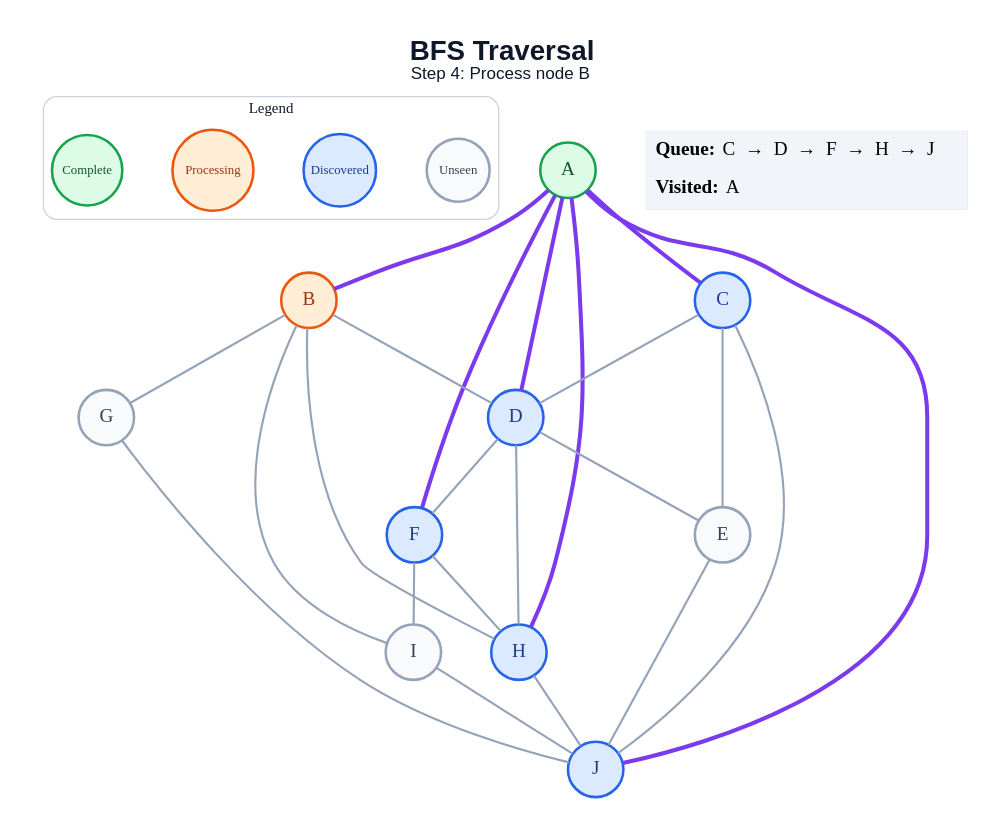
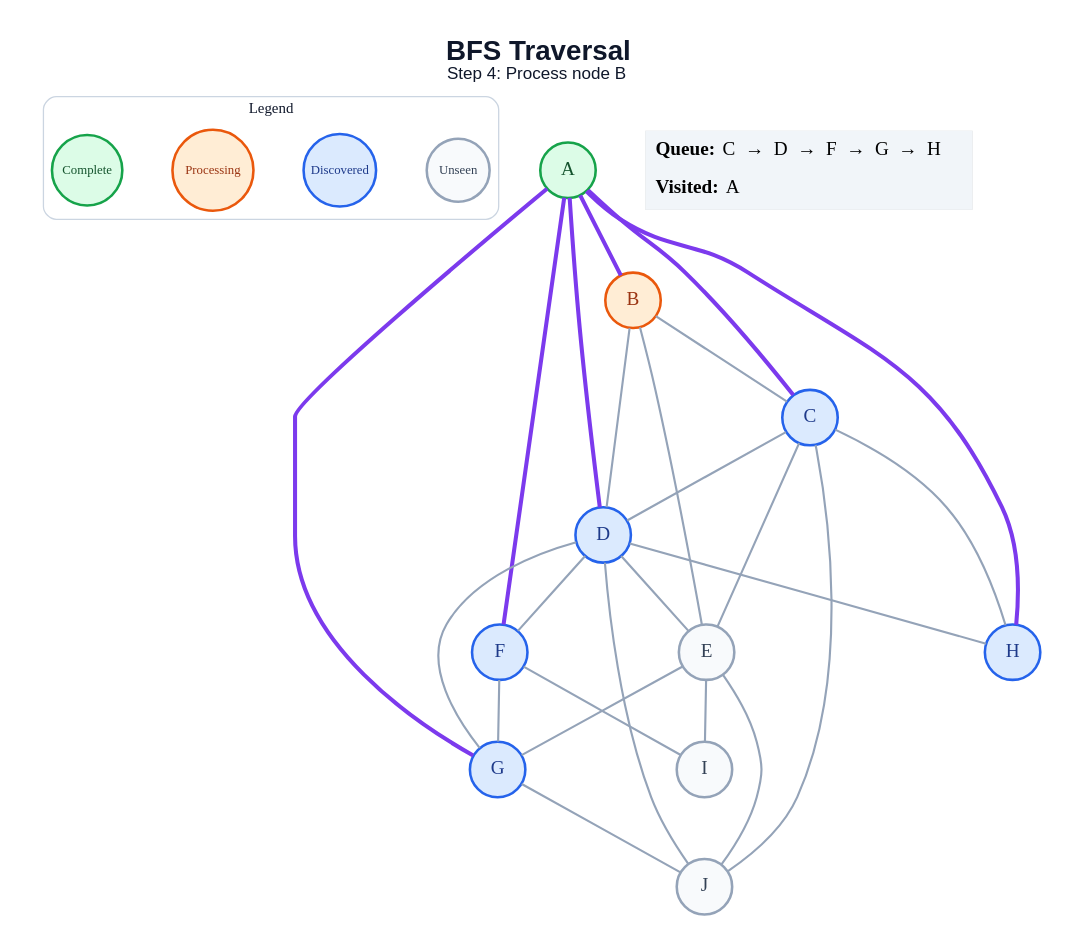
The diagram in generated/bfs/step_04.dot (amanghodawala9/ai-slop), drawn with Graphviz before and after one commit. The commit also changed 178 other files, not shown here.

```diff
--- a/generated/bfs/step_04.dot
+++ b/generated/bfs/step_04.dot
@@ -1,51 +1,53 @@
 graph traversal {
   graph [layout=dot, rankdir=TB, bgcolor="#FFFFFF", pad="0.35", nodesep="0.65", ranksep="0.8", fontname="Arial"];
   node [shape=circle, style="filled", fontname="Arial Bold", fontsize=18, width=0.72, fixedsize=true, penwidth=2.4];
   edge [color="#94A3B8", penwidth=2.0];
   label=<<B>BFS Traversal</B><BR/><FONT POINT-SIZE="16">Step 4: Process node B</FONT>>; labelloc="t"; fontsize=26; fontname="Arial"; fontcolor="#0F172A";
   subgraph cluster_legend { label="Legend"; color="#CBD5E1"; penwidth=1.2; style="rounded"; fontsize=14; fontname="Arial Bold";
     key_unseen [label="Unseen", fillcolor="#F8FAFC", color="#94A3B8", fontcolor="#334155", fontsize=12, width=0.82];
     key_frontier [label="Discovered", fillcolor="#DBEAFE", color="#2563EB", fontcolor="#1E3A8A", fontsize=12, width=0.95];
     key_current [label="Processing", fillcolor="#FFEDD5", color="#EA580C", fontcolor="#9A3412", fontsize=12, width=1.05];
     key_done [label="Complete", fillcolor="#DCFCE7", color="#16A34A", fontcolor="#14532D", fontsize=12, width=0.92];
     { rank=same; key_unseen; key_frontier; key_current; key_done; }
   }
   A [fillcolor="#DCFCE7", color="#16A34A", fontcolor="#14532D"];
   B [fillcolor="#FFEDD5", color="#EA580C", fontcolor="#9A3412"];
   C [fillcolor="#DBEAFE", color="#2563EB", fontcolor="#1E3A8A"];
   D [fillcolor="#DBEAFE", color="#2563EB", fontcolor="#1E3A8A"];
   E [fillcolor="#F8FAFC", color="#94A3B8", fontcolor="#334155"];
   F [fillcolor="#DBEAFE", color="#2563EB", fontcolor="#1E3A8A"];
-  G [fillcolor="#F8FAFC", color="#94A3B8", fontcolor="#334155"];
+  G [fillcolor="#DBEAFE", color="#2563EB", fontcolor="#1E3A8A"];
   H [fillcolor="#DBEAFE", color="#2563EB", fontcolor="#1E3A8A"];
   I [fillcolor="#F8FAFC", color="#94A3B8", fontcolor="#334155"];
-  J [fillcolor="#DBEAFE", color="#2563EB", fontcolor="#1E3A8A"];
+  J [fillcolor="#F8FAFC", color="#94A3B8", fontcolor="#334155"];
   A -- B [color="#7C3AED", penwidth=3.8];
   A -- C [color="#7C3AED", penwidth=3.8];
   A -- D [color="#7C3AED", penwidth=3.8];
   A -- F [color="#7C3AED", penwidth=3.8];
+  A -- G [color="#7C3AED", penwidth=3.8];
   A -- H [color="#7C3AED", penwidth=3.8];
-  A -- J [color="#7C3AED", penwidth=3.8];
+  B -- C;
   B -- D;
-  B -- G;
-  B -- H;
-  B -- I;
+  B -- E;
   C -- D;
   C -- E;
+  C -- H;
   C -- J;
   D -- E;
   D -- F;
+  D -- G;
   D -- H;
+  D -- J;
+  E -- G;
+  E -- I;
   E -- J;
-  F -- H;
+  F -- G;
   F -- I;
   G -- J;
-  H -- J;
-  I -- J;
   status [shape=plain, fixedsize=false, width=0, height=0, margin=0, label=<
     <TABLE BORDER="0" CELLBORDER="0" CELLPADDING="7" BGCOLOR="#F1F5F9">
-      <TR><TD ALIGN="LEFT"><B>Queue:</B> C  →  D  →  F  →  H  →  J</TD></TR>
+      <TR><TD ALIGN="LEFT"><B>Queue:</B> C  →  D  →  F  →  G  →  H</TD></TR>
       <TR><TD ALIGN="LEFT"><B>Visited:</B> A</TD></TR>
     </TABLE>
   >];
 }
```
